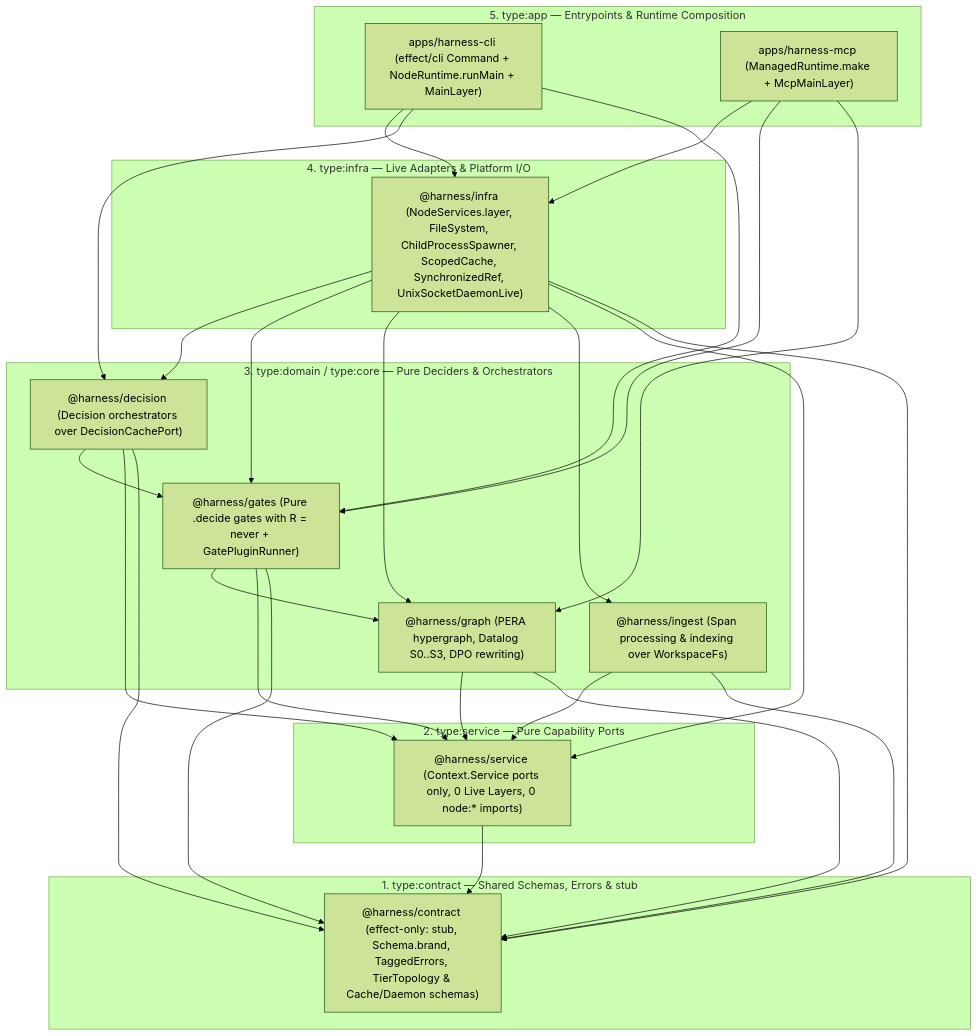
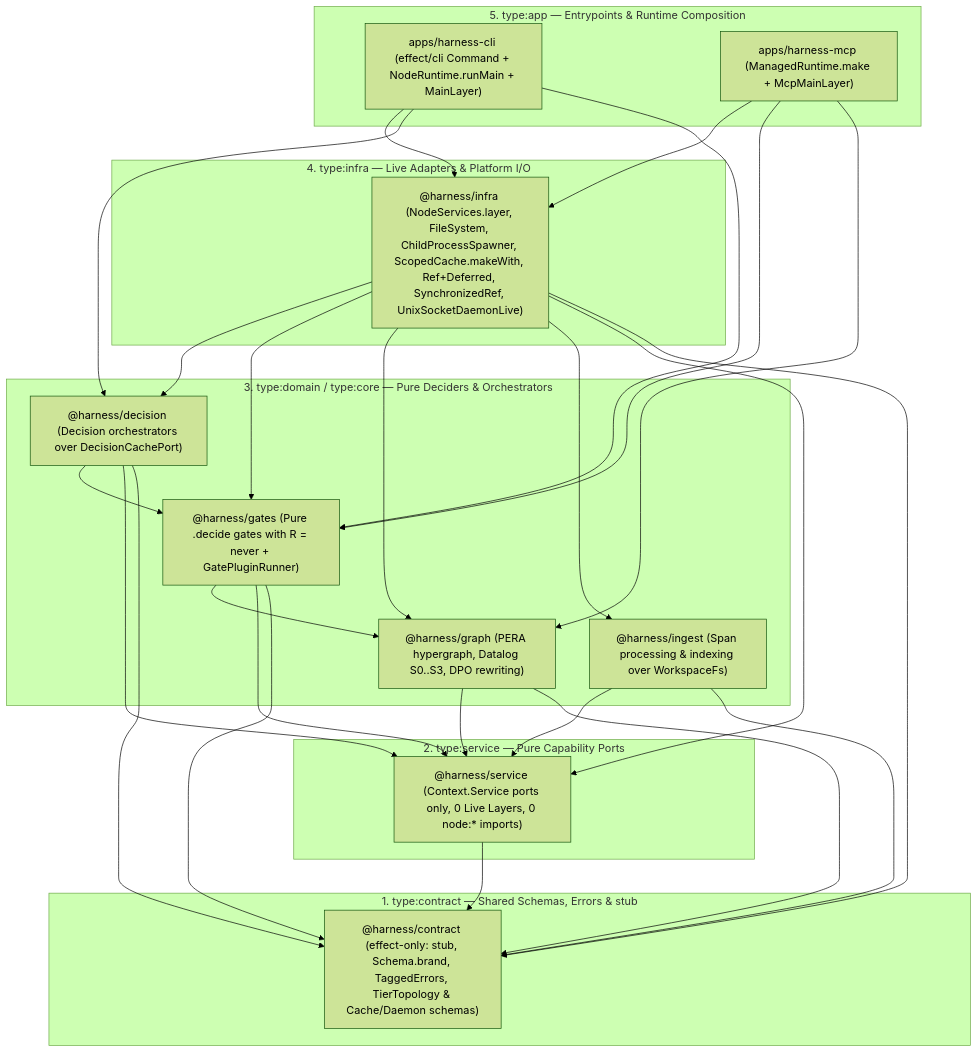
Before and after one commit to selmeci/effect-ts-harness: the diagram in docs/rfcs/0008-true-hexagonal-closure-and-effect-v4-runtime.md, drawn with Mermaid (forest theme). The commit also changed other lines of this file and 147 other files, not shown here.

````diff
--- a/docs/rfcs/0008-true-hexagonal-closure-and-effect-v4-runtime.md
+++ b/docs/rfcs/0008-true-hexagonal-closure-and-effect-v4-runtime.md
@@ -145,50 +145,50 @@
 ```mermaid
 flowchart TB
   subgraph AppTier["5. type:app — Entrypoints & Runtime Composition"]
     CLI["apps/harness-cli (effect/cli Command + NodeRuntime.runMain + MainLayer)"]
     MCP["apps/harness-mcp (ManagedRuntime.make + McpMainLayer)"]
   end
 
   subgraph InfraTier["4. type:infra — Live Adapters & Platform I/O"]
-    INFRA["@harness/infra (NodeServices.layer, FileSystem, ChildProcessSpawner, ScopedCache, SynchronizedRef, UnixSocketDaemonLive)"]
+    INFRA["@harness/infra (NodeServices.layer, FileSystem, ChildProcessSpawner, ScopedCache.makeWith, Ref+Deferred, SynchronizedRef, UnixSocketDaemonLive)"]
   end
 
   subgraph DomainTier["3. type:domain / type:core — Pure Deciders & Orchestrators"]
     DEC["@harness/decision (Decision orchestrators over DecisionCachePort)"]
     GATES["@harness/gates (Pure .decide gates with R = never + GatePluginRunner)"]
     GRAPH["@harness/graph (PERA hypergraph, Datalog S0..S3, DPO rewriting)"]
     INGEST["@harness/ingest (Span processing & indexing over WorkspaceFs)"]
   end
 
   subgraph ServiceTier["2. type:service — Pure Capability Ports"]
     SVC["@harness/service (Context.Service ports only, 0 Live Layers, 0 node:* imports)"]
   end
 
   subgraph ContractTier["1. type:contract — Shared Schemas, Errors & stub"]
     CTR["@harness/contract (effect-only: stub, Schema.brand, TaggedErrors, TierTopology & Cache/Daemon schemas)"]
   end
 
   CLI --> INFRA
   CLI --> DEC
   CLI --> GATES
   MCP --> INFRA
   MCP --> GATES
   MCP --> GRAPH
   INFRA --> DEC
   INFRA --> GATES
   INFRA --> GRAPH
   INFRA --> INGEST
   INFRA --> SVC
   INFRA --> CTR
   DEC --> GATES
   DEC --> SVC
   DEC --> CTR
   GATES --> GRAPH
   GATES --> SVC
   GATES --> CTR
   GRAPH --> SVC
   GRAPH --> CTR
   INGEST --> SVC
   INGEST --> CTR
   SVC --> CTR
 ```
````
